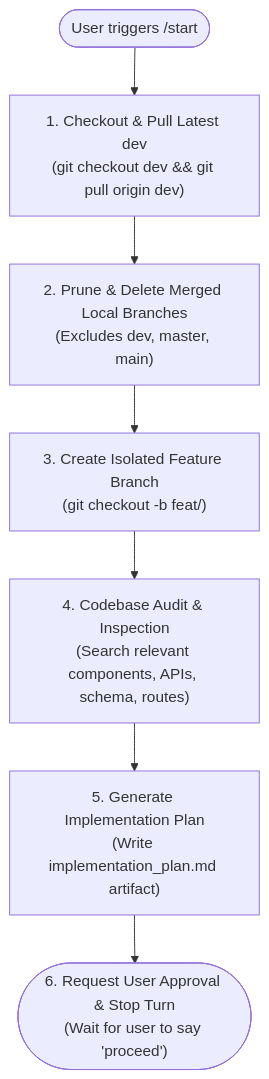
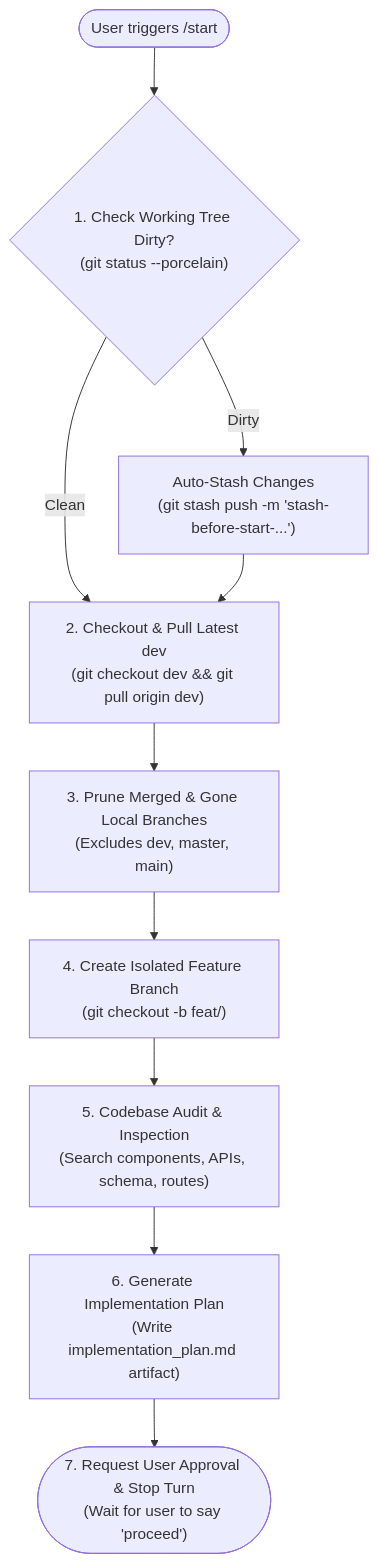
The diagram in .agents/skills/start/SKILL.md (jchademwiri/pmg-tracker-360), drawn with Mermaid before and after one commit. The commit also changed other lines of this file and 1 other file, not shown here.

Commit message:
feat(skills): add working tree stash safety, squash-merge branch cleanup, and walkthrough compilation to /start and /done

````diff
--- a/.agents/skills/start/SKILL.md
+++ b/.agents/skills/start/SKILL.md
@@ -17,9 +17,13 @@
 ```mermaid
 flowchart TD
-    Start(["User triggers /start <task description>"]) --> SyncDev["1. Checkout & Pull Latest dev\n(git checkout dev && git pull origin dev)"]
-    SyncDev --> CleanupOld["2. Prune & Delete Merged Local Branches\n(Excludes dev, master, main)"]
-    CleanupOld --> CreateBranch["3. Create Isolated Feature Branch\n(git checkout -b feat/<task-slug>)"]
-    CreateBranch --> CodebaseAudit["4. Codebase Audit & Inspection\n(Search relevant components, APIs, schema, routes)"]
-    CodebaseAudit --> PlanArtifact["5. Generate Implementation Plan\n(Write implementation_plan.md artifact)"]
-    PlanArtifact --> WaitApproval(["6. Request User Approval & Stop Turn\n(Wait for user to say 'proceed')"])
+    Start(["User triggers /start <task description>"]) --> StashCheck{"1. Check Working Tree Dirty?\n(git status --porcelain)"}
+    StashCheck -->|Dirty| AutoStash["Auto-Stash Changes\n(git stash push -m 'stash-before-start-...')"]
+    StashCheck -->|Clean| SyncDev["2. Checkout & Pull Latest dev\n(git checkout dev && git pull origin dev)"]
+    AutoStash --> SyncDev
+    
+    SyncDev --> CleanupOld["3. Prune Merged & Gone Local Branches\n(Excludes dev, master, main)"]
+    CleanupOld --> CreateBranch["4. Create Isolated Feature Branch\n(git checkout -b feat/<task-slug>)"]
+    CreateBranch --> CodebaseAudit["5. Codebase Audit & Inspection\n(Search components, APIs, schema, routes)"]
+    CodebaseAudit --> PlanArtifact["6. Generate Implementation Plan\n(Write implementation_plan.md artifact)"]
+    PlanArtifact --> WaitApproval(["7. Request User Approval & Stop Turn\n(Wait for user to say 'proceed')"])
 ```
````
